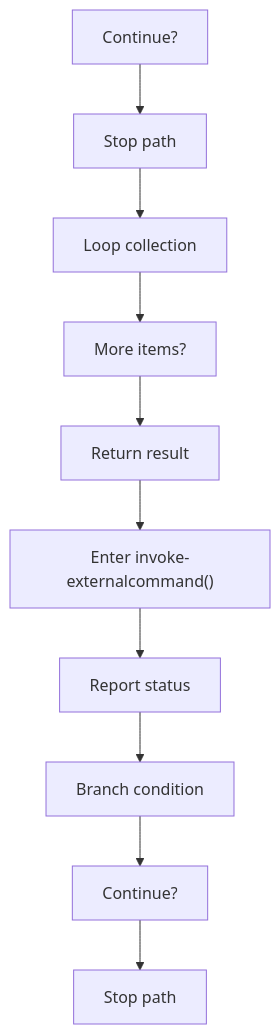
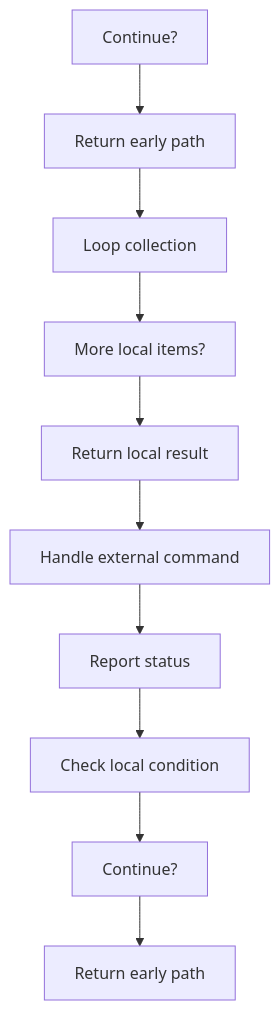
One commit to JohnAndrewBalbarosa/NeoTerritory changed the sixth of 8 diagrams in docs/Codebase/Infrastructure/session-orchestration/bootstrap_and_deploy/bootstrap_and_deploy_program_flow_01.ps1.md. Above: the diagram before and after it, drawn with Mermaid. The commit also changed other lines of this file and 925 other files, not shown here.

````diff
--- a/docs/Codebase/Infrastructure/session-orchestration/bootstrap_and_deploy/bootstrap_and_deploy_program_flow_01.ps1.md
+++ b/docs/Codebase/Infrastructure/session-orchestration/bootstrap_and_deploy/bootstrap_and_deploy_program_flow_01.ps1.md
@@ -130,22 +130,22 @@
 ```mermaid
 flowchart TD
     N0["Continue?"]
-    N1["Stop path"]
+    N1["Return early path"]
     N2["Loop collection"]
-    N3["More items?"]
-    N4["Return result"]
-    N5["Enter invoke-externalcommand()"]
+    N3["More local items?"]
+    N4["Return local result"]
+    N5["Handle external command"]
     N6["Report status"]
-    N7["Branch condition"]
+    N7["Check local condition"]
     N8["Continue?"]
-    N9["Stop path"]
+    N9["Return early path"]
     N0 --> N1
     N1 --> N2
     N2 --> N3
     N3 --> N4
     N4 --> N5
     N5 --> N6
     N6 --> N7
     N7 --> N8
     N8 --> N9
 ```
````
